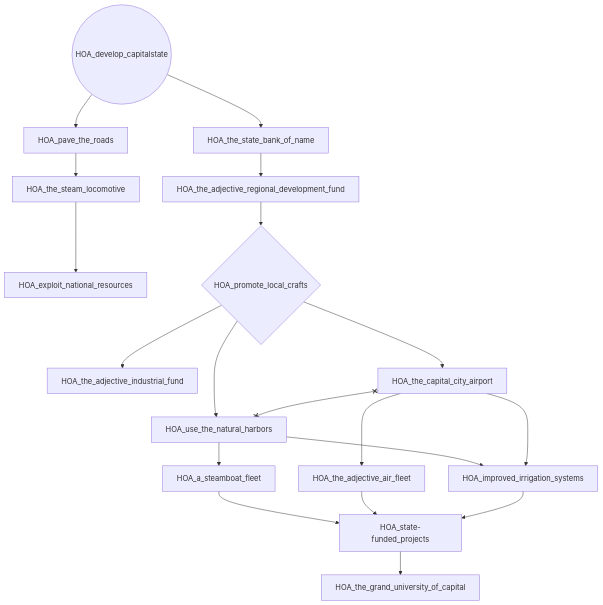
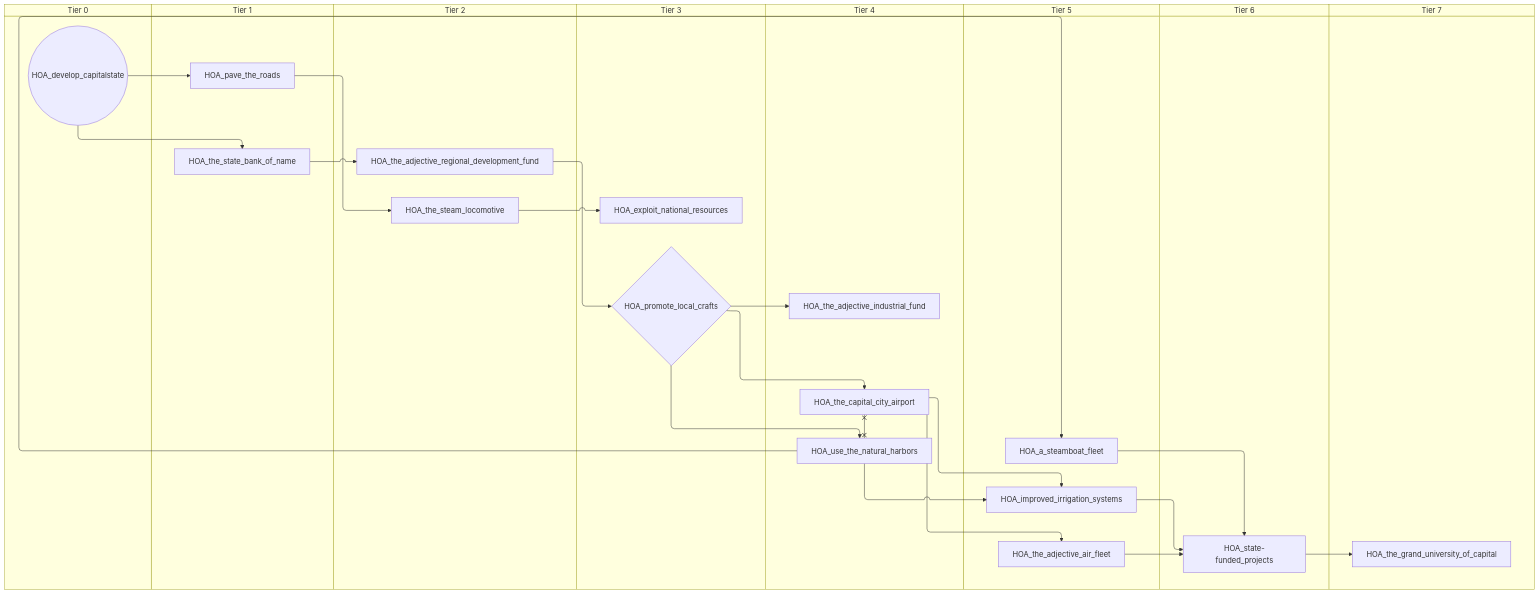
The first of 3 diagrams in docs/gdd/National Focuses/horn_of_africa.md (evgeny-sobol/hoi4-sandbox-mode-r56), drawn with Mermaid before and after one commit. The commit also changed other lines of this file and 423 other files, not shown here.

First line of the commit message:
Re-export Rt56 focus trees as swimlane diagrams

````diff
--- a/docs/gdd/National Focuses/horn_of_africa.md
+++ b/docs/gdd/National Focuses/horn_of_africa.md
@@ -3,36 +3,52 @@
 ```mermaid
-flowchart TD
-    n1["HOA_a_steamboat_fleet"]
-    n2(("HOA_develop_capitalstate"))
-    n3["HOA_exploit_national_resources"]
-    n4["HOA_improved_irrigation_systems"]
-    n5["HOA_pave_the_roads"]
-    n6{"HOA_promote_local_crafts"}
-    n7["HOA_state-funded_projects"]
-    n8["HOA_the_adjective_air_fleet"]
-    n9["HOA_the_adjective_industrial_fund"]
-    n10["HOA_the_adjective_regional_development_fund"]
-    n11["HOA_the_capital_city_airport"]
-    n12["HOA_the_grand_university_of_capital"]
-    n13["HOA_the_state_bank_of_name"]
-    n14["HOA_the_steam_locomotive"]
-    n15["HOA_use_the_natural_harbors"]
-    n15 --> n1
-    n14 --> n3
-    n15 --> n4
-    n11 --> n4
+swimlane-beta TD
+    subgraph tier_0["Tier 0"]
+        n1(("HOA_develop_capitalstate"))
+    end
+    subgraph tier_1["Tier 1"]
+        n2["HOA_pave_the_roads"]
+        n3["HOA_the_state_bank_of_name"]
+    end
+    subgraph tier_2["Tier 2"]
+        n4["HOA_the_adjective_regional_development_fund"]
+        n5["HOA_the_steam_locomotive"]
+    end
+    subgraph tier_3["Tier 3"]
+        n6["HOA_exploit_national_resources"]
+        n7{"HOA_promote_local_crafts"}
+    end
+    subgraph tier_4["Tier 4"]
+        n8["HOA_the_adjective_industrial_fund"]
+        n9["HOA_the_capital_city_airport"]
+        n10["HOA_use_the_natural_harbors"]
+    end
+    subgraph tier_5["Tier 5"]
+        n11["HOA_a_steamboat_fleet"]
+        n12["HOA_improved_irrigation_systems"]
+        n13["HOA_the_adjective_air_fleet"]
+    end
+    subgraph tier_6["Tier 6"]
+        n14["HOA_state-funded_projects"]
+    end
+    subgraph tier_7["Tier 7"]
+        n15["HOA_the_grand_university_of_capital"]
+    end
+    n10 --> n11
+    n5 --> n6
+    n10 --> n12
+    n9 --> n12
+    n1 --> n2
+    n4 --> n7
+    n11 --> n14
+    n13 --> n14
+    n12 --> n14
+    n9 --> n13
+    n7 --> n8
+    n3 --> n4
+    n7 --> n9
+    n14 --> n15
+    n1 --> n3
     n2 --> n5
-    n10 --> n6
-    n1 --> n7
-    n8 --> n7
-    n4 --> n7
-    n11 --> n8
-    n6 --> n9
-    n13 --> n10
-    n6 --> n11
-    n7 --> n12
-    n2 --> n13
-    n5 --> n14
-    n6 --> n15
-    n11 x--x n15
+    n7 --> n10
+    n9 x--x n10
 ```
````
